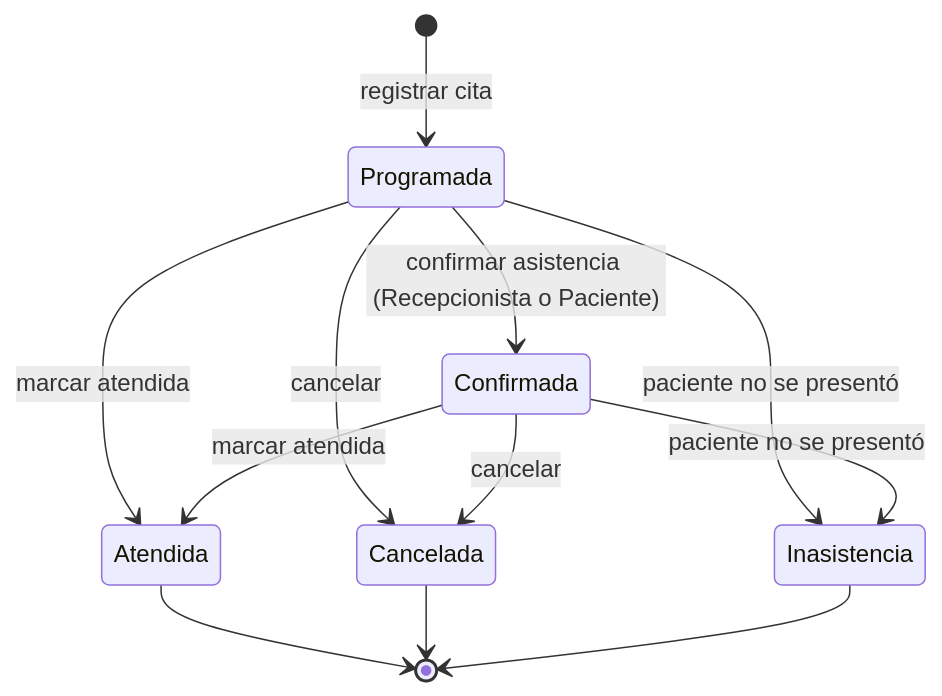
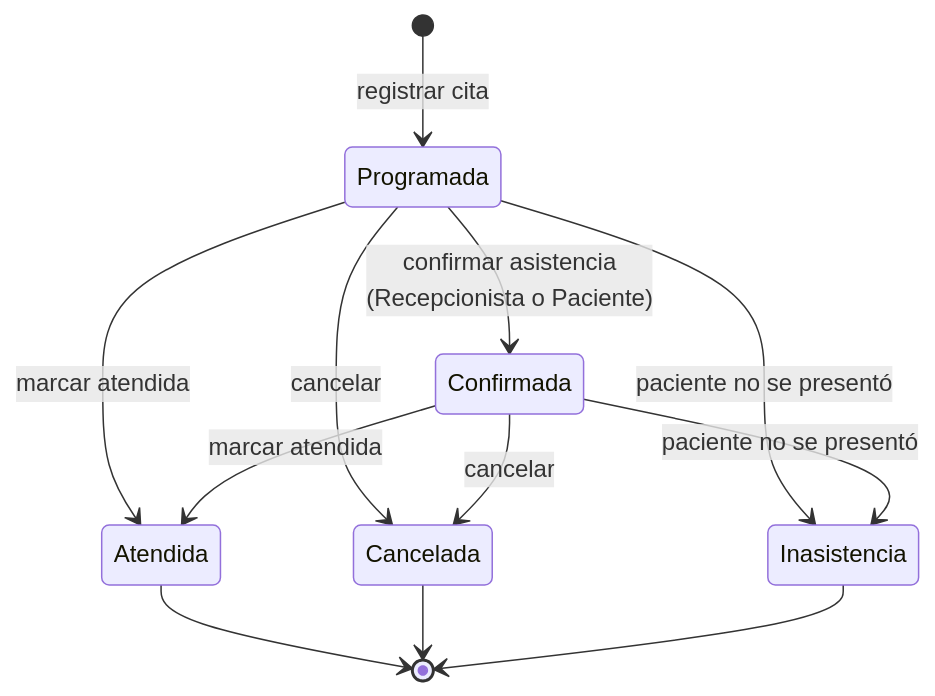
One commit to Einarpd26/2do-examen-ing-requisitos changed the eighth of 15 diagrams in documento/Informe-Final.md. Above: the diagram before and after it, drawn with Mermaid. The commit also changed other lines of this file, not shown here.

Commit message:
docs(diagramas): corregir etiquetas cortadas y saltos de linea en los diagramas Mermaid y ajustar el ancho de los de secuencia

````diff
--- a/documento/Informe-Final.md
+++ b/documento/Informe-Final.md
@@ -938,14 +941,14 @@
 ```mermaid
 stateDiagram-v2
     [*] --> Programada : registrar cita
-    Programada --> Confirmada : confirmar asistencia (Recepcionista o Paciente)
+    Programada --> Confirmada : confirmar asistencia<br/>(Recepcionista o Paciente)
     Programada --> Cancelada : cancelar
     Confirmada --> Cancelada : cancelar
     Programada --> Atendida : marcar atendida
     Confirmada --> Atendida : marcar atendida
     Programada --> Inasistencia : paciente no se presentó
     Confirmada --> Inasistencia : paciente no se presentó
     Atendida --> [*]
     Cancelada --> [*]
     Inasistencia --> [*]
 ```
````
